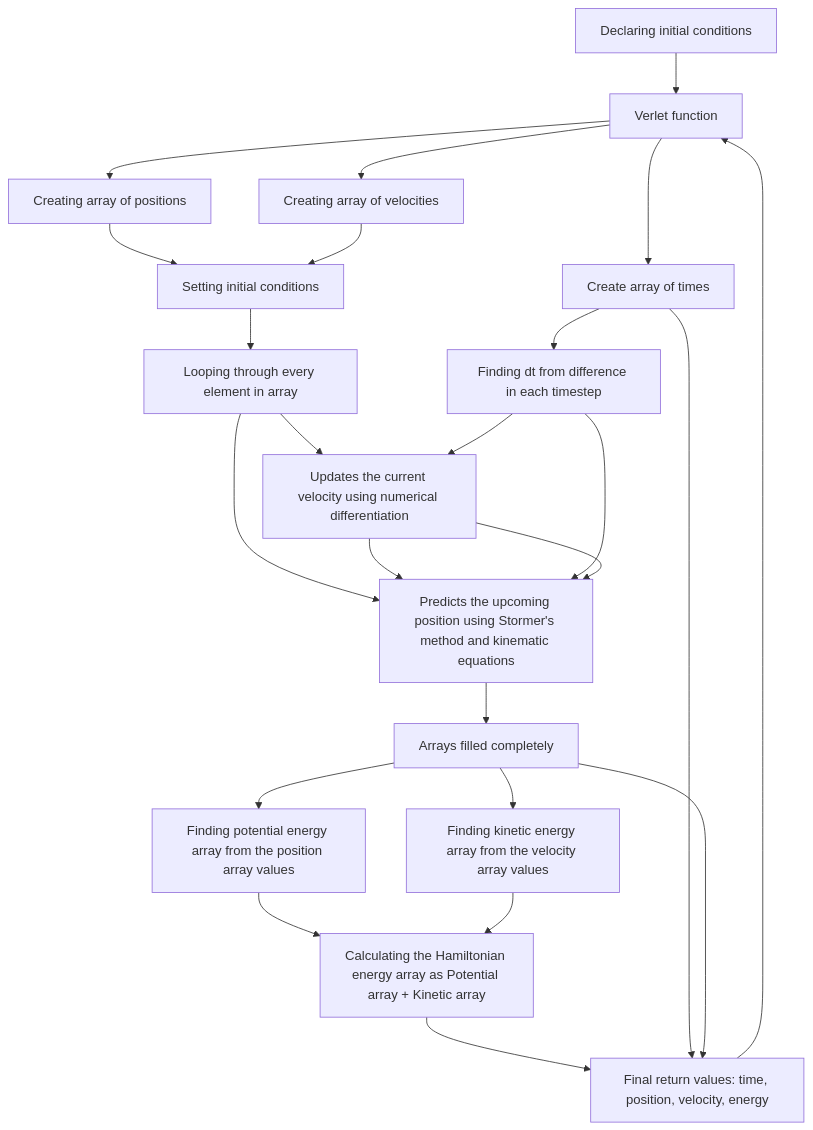
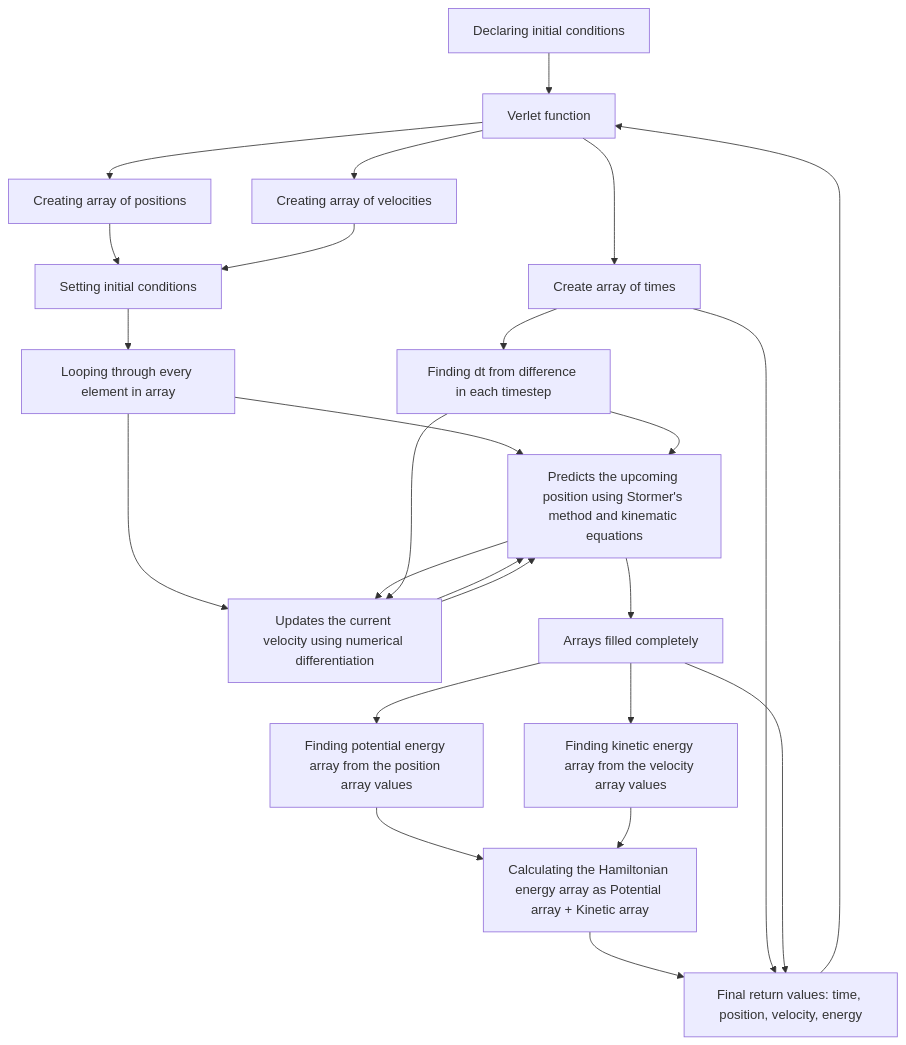
The diagram in p4-ODE/ethanwhite/program/writeup/writeup.md (Mateo4cacheiro/PHYS4130-S25), drawn with Mermaid before and after one commit.

````diff
--- a/p4-ODE/ethanwhite/program/writeup/writeup.md
+++ b/p4-ODE/ethanwhite/program/writeup/writeup.md
@@ -15,28 +15,29 @@
 ```mermaid
     graph TD
         A[Declaring initial conditions] --> B[Verlet function]
         B --> C[Create array of times] --> L[Finding dt from difference in each timestep] 
         B --> D[Creating array of positions]
         B --> E[Creating array of velocities]
         D --> F[Setting initial conditions]
         E --> F
         F --> G[Looping through every element in array]
         G --> H[Predicts the upcoming position using Stormer's method and kinematic equations]
         G --> J[Updates the current velocity using numerical differentiation]
         J --> H
+        H --> J
         L --> H
         L --> J
         H --> K[Arrays filled completely]
         J --> H
         K --> M[Finding potential energy array from the position array values]
         K --> N[Finding kinetic energy array from the velocity array values]
         M --> P[Calculating the Hamiltonian energy array as Potential array + Kinetic array]
         N --> P
 
         P --> T[Final return values: time, position, velocity, energy]
         C --> T
         K --> T
         T --> B
 
 
 ```
````
